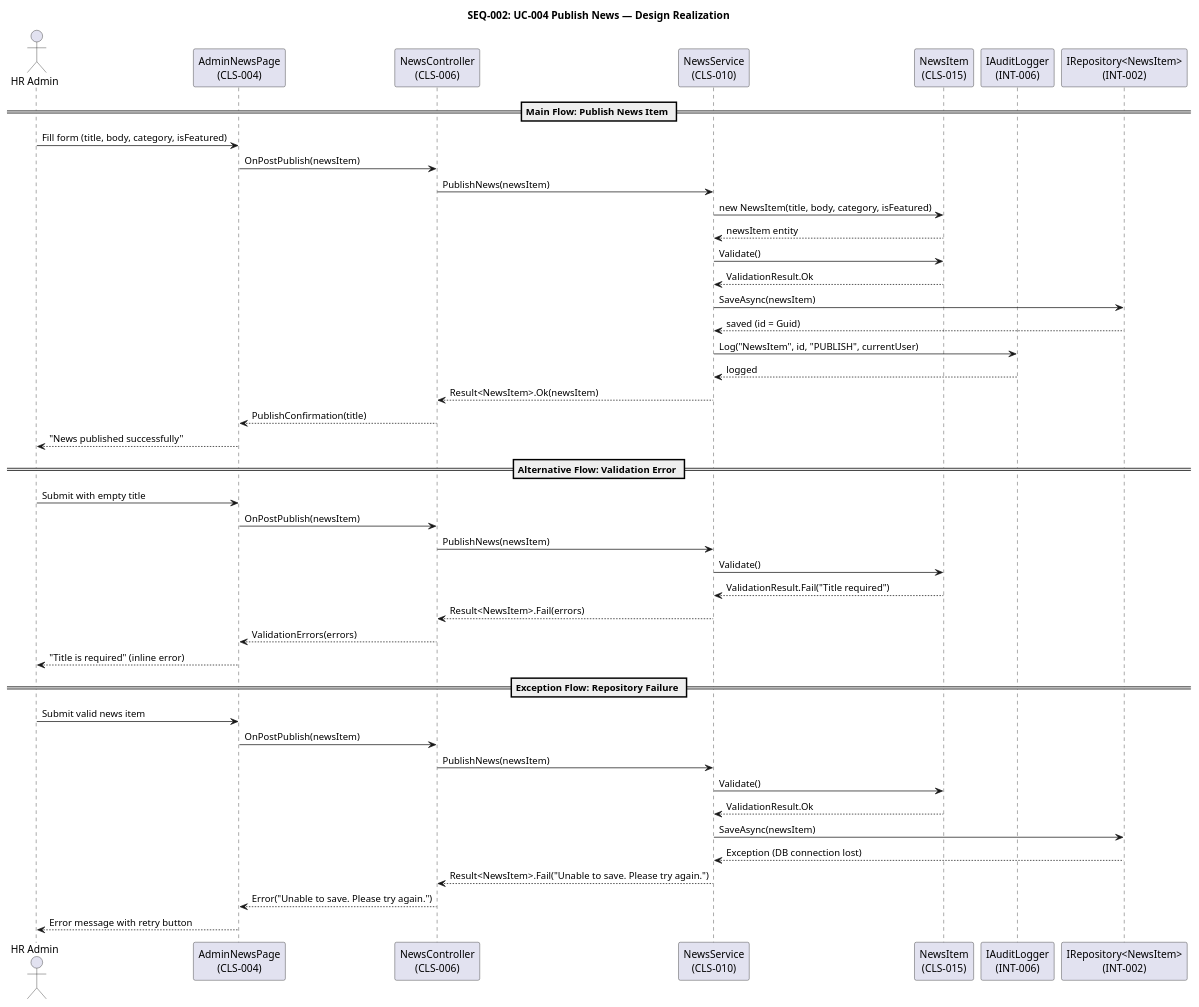
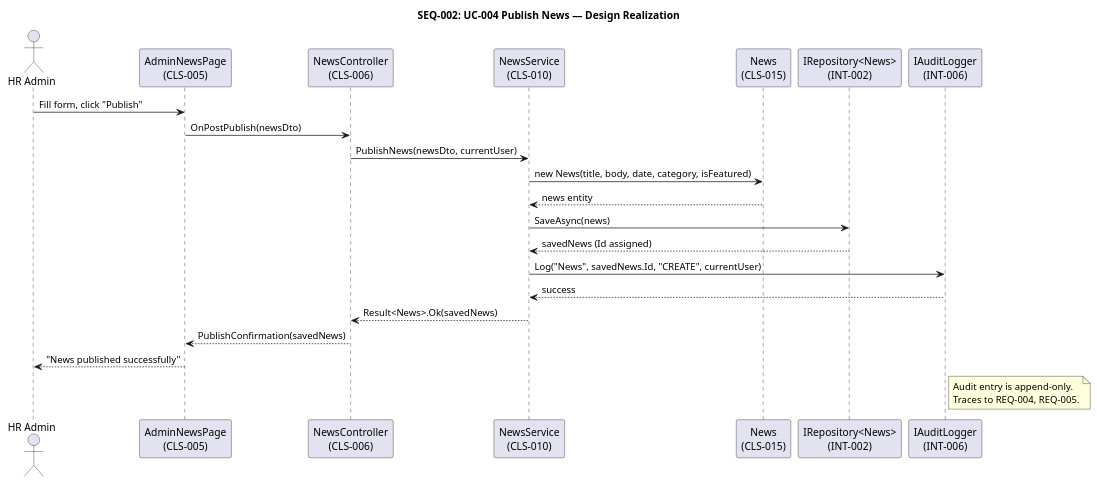
Before and after one commit to banense-test/demo-janke-lab: the seventh of 26 diagrams in docs/artifacts/analysis---design/design-model.md, drawn with PlantUML. The commit also changed other lines of this file, not shown here.

First line of the commit message:
User Interface Designer [E2]: upsert Design Model

````diff
--- a/docs/artifacts/analysis---design/design-model.md
+++ b/docs/artifacts/analysis---design/design-model.md
@@ -610,55 +582,32 @@
 ```plantuml
 @startuml
 title SEQ-002: UC-004 Publish News — Design Realization
 
 actor "HR Admin" as HR
-participant "AdminNewsPage\n(CLS-004)" as UI
+participant "AdminNewsPage\n(CLS-005)" as UI
 participant "NewsController\n(CLS-006)" as CTRL
-participant "NewsService\n(CLS-010)" as NS
-participant "NewsItem\n(CLS-015)" as NEWS
-participant "IAuditLogger\n(INT-006)" as AUD
-participant "IRepository<NewsItem>\n(INT-002)" as REPO
+participant "NewsService\n(CLS-010)" as SVC
+participant "News\n(CLS-015)" as NEWS
+participant "IRepository<News>\n(INT-002)" as REPO
+participant "IAuditLogger\n(INT-006)" as AUDIT
 
-== Main Flow: Publish News Item ==
-
-HR -> UI : Fill form (title, body, category, isFeatured)
-UI -> CTRL : OnPostPublish(newsItem)
-CTRL -> NS : PublishNews(newsItem)
-NS -> NEWS : new NewsItem(title, body, category, isFeatured)
-NEWS --> NS : newsItem entity
-NS -> NEWS : Validate()
-NEWS --> NS : ValidationResult.Ok
-NS -> REPO : SaveAsync(newsItem)
-REPO --> NS : saved (id = Guid)
-NS -> AUD : Log("NewsItem", id, "PUBLISH", currentUser)
-AUD --> NS : logged
-NS --> CTRL : Result<NewsItem>.Ok(newsItem)
-CTRL --> UI : PublishConfirmation(title)
+HR -> UI : Fill form, click "Publish"
+UI -> CTRL : OnPostPublish(newsDto)
+CTRL -> SVC : PublishNews(newsDto, currentUser)
+SVC -> NEWS : new News(title, body, date, category, isFeatured)
+NEWS --> SVC : news entity
+SVC -> REPO : SaveAsync(news)
+REPO --> SVC : savedNews (Id assigned)
+SVC -> AUDIT : Log("News", savedNews.Id, "CREATE", currentUser)
+AUDIT --> SVC : success
+SVC --> CTRL : Result<News>.Ok(savedNews)
+CTRL --> UI : PublishConfirmation(savedNews)
 UI --> HR : "News published successfully"
 
-== Alternative Flow: Validation Error ==
-
-HR -> UI : Submit with empty title
-UI -> CTRL : OnPostPublish(newsItem)
-CTRL -> NS : PublishNews(newsItem)
-NS -> NEWS : Validate()
-NEWS --> NS : ValidationResult.Fail("Title required")
-NS --> CTRL : Result<NewsItem>.Fail(errors)
-CTRL --> UI : ValidationErrors(errors)
-UI --> HR : "Title is required" (inline error)
-
-== Exception Flow: Repository Failure ==
-
-HR -> UI : Submit valid news item
-UI -> CTRL : OnPostPublish(newsItem)
-CTRL -> NS : PublishNews(newsItem)
-NS -> NEWS : Validate()
-NEWS --> NS : ValidationResult.Ok
-NS -> REPO : SaveAsync(newsItem)
-REPO --> NS : Exception (DB connection lost)
-NS --> CTRL : Result<NewsItem>.Fail("Unable to save. Please try again.")
-CTRL --> UI : Error("Unable to save. Please try again.")
-UI --> HR : Error message with retry button
+note right of AUDIT
+  Audit entry is append-only.
+  Traces to REQ-004, REQ-005.
+end note
 
 @enduml
 ```
````
